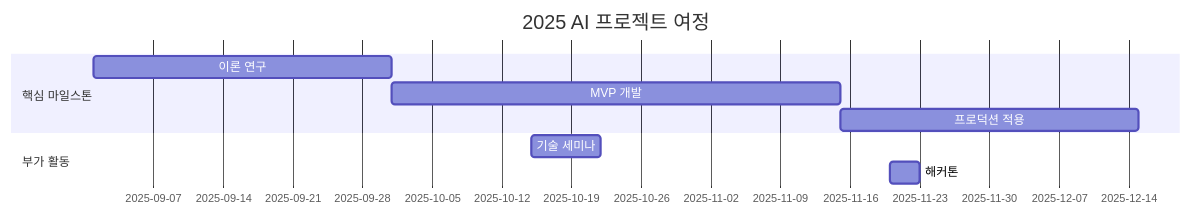
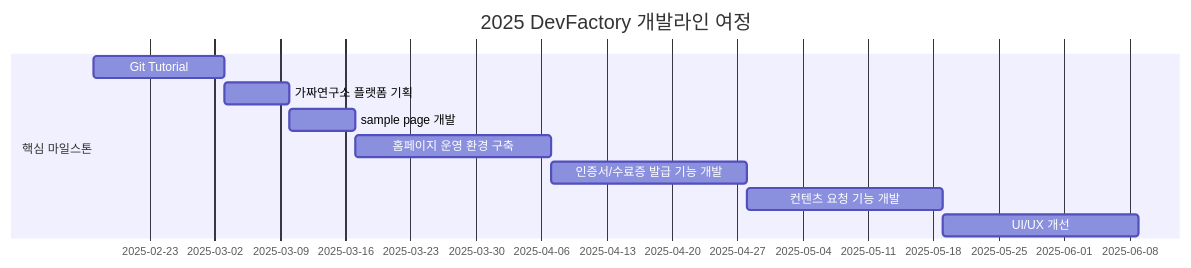
Before and after one commit to Pseudo-Lab/DevFactory: the diagram in README.md, drawn with Mermaid. The commit also changed other lines of this file, not shown here.

````diff
--- a/README.md
+++ b/README.md
@@ -39,11 +38,12 @@
 ```mermaid
 gantt
-    title 2025 AI 프로젝트 여정
+    title 2025 DevFactory 개발라인 여정
     section 핵심 마일스톤
-    이론 연구       :a1, 2025-09-01, 30d
-    MVP 개발        :a2, after a1, 45d
-    프로덕션 적용    :a3, after a2, 30d
-    section 부가 활동
-    기술 세미나     :2025-10-15, 7d
-    해커톤         :2025-11-20, 3d
+    Git Tutorial :a1, 2025-02-17, 14d
+    가짜연구소 플랫폼 기획 :a2, after a1, 7d
+    sample page 개발 :a3, after a2, 7d   
+    홈페이지 운영 환경 구축 :a4, after a3, 21d
+    인증서/수료증 발급 기능 개발 :a5, after a4, 21d
+    컨텐츠 요청 기능 개발 :a6, after a5, 21d
+    UI/UX 개선 :a7, after a6, 21d
 ```
````
